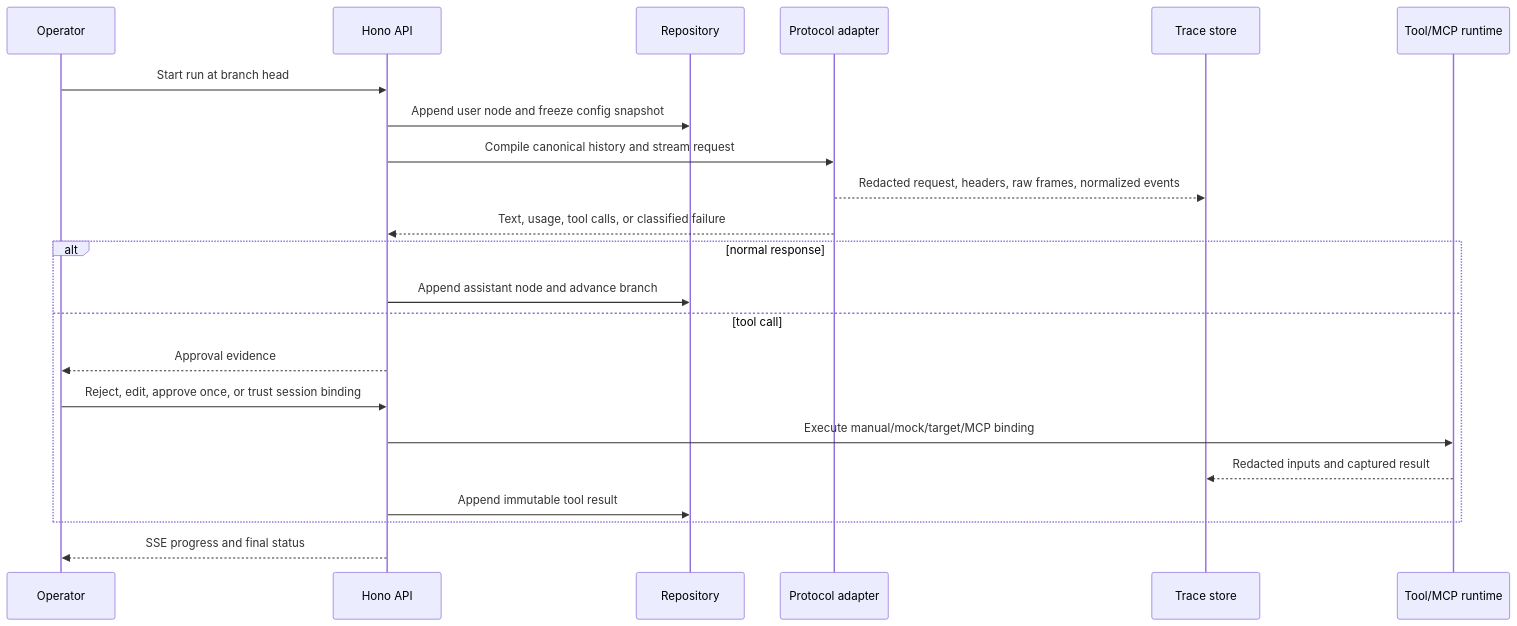
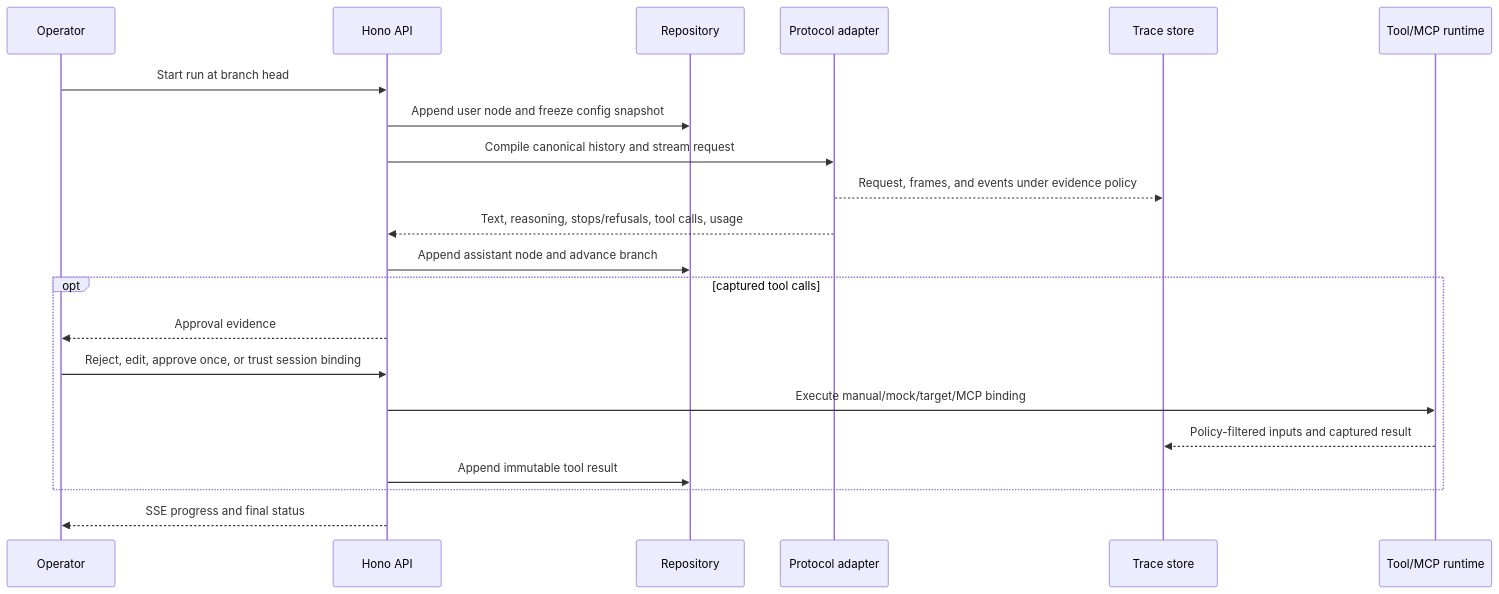
The second of 2 diagrams in ARCHITECTURE.md (rekter0/lathe), drawn with Mermaid before and after one commit. The commit also changed other lines of this file and 2 other files, not shown here.

Commit message:
docs: refresh architecture and security boundaries

````diff
--- a/ARCHITECTURE.md
+++ b/ARCHITECTURE.md
@@ -47,25 +53,24 @@
 ```mermaid
 sequenceDiagram
   participant O as Operator
   participant API as Hono API
   participant R as Repository
   participant P as Protocol adapter
   participant T as Trace store
   participant X as Tool/MCP runtime
 
   O->>API: Start run at branch head
   API->>R: Append user node and freeze config snapshot
   API->>P: Compile canonical history and stream request
-  P-->>T: Redacted request, headers, raw frames, normalized events
-  P-->>API: Text, usage, tool calls, or classified failure
-  alt normal response
-    API->>R: Append assistant node and advance branch
-  else tool call
+  P-->>T: Request, frames, and events under evidence policy
+  P-->>API: Text, reasoning, stops/refusals, tool calls, usage
+  API->>R: Append assistant node and advance branch
+  opt captured tool calls
     API-->>O: Approval evidence
     O->>API: Reject, edit, approve once, or trust session binding
     API->>X: Execute manual/mock/target/MCP binding
-    X-->>T: Redacted inputs and captured result
+    X-->>T: Policy-filtered inputs and captured result
     API->>R: Append immutable tool result
   end
   API-->>O: SSE progress and final status
 ```
````
